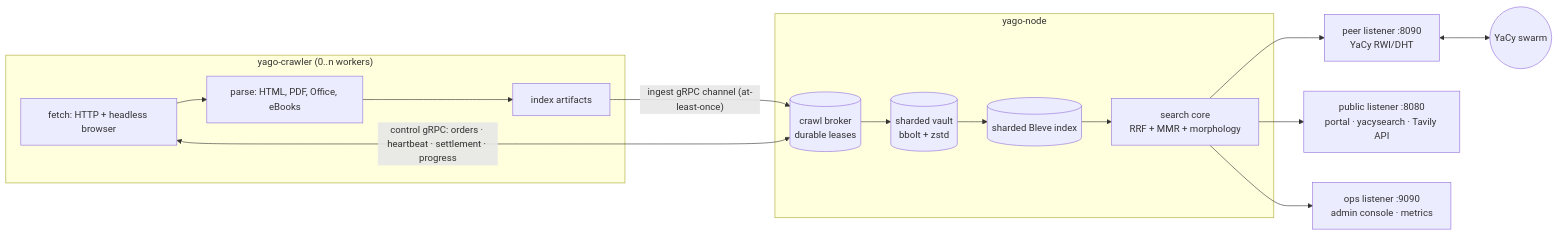
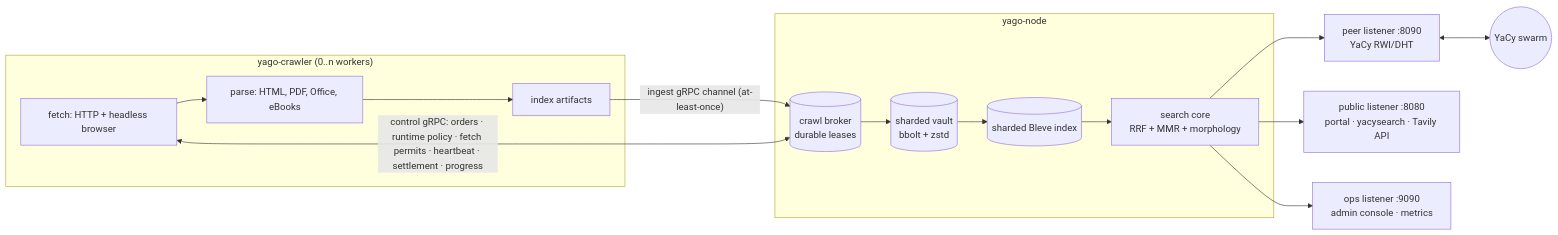
Before and after one commit to D4rk4/yago: the diagram in README.md, drawn with Mermaid. The commit also changed other lines of this file and 577 other files, not shown here.

````diff
--- a/README.md
+++ b/README.md
@@ -413,19 +481,19 @@
 ```mermaid
 flowchart LR
     subgraph crawler ["yago-crawler (0..n workers)"]
         F["fetch: HTTP + headless browser"] --> P["parse: HTML, PDF, Office, eBooks"]
         P --> I["index artifacts"]
     end
     subgraph node ["yago-node"]
         B[("crawl broker<br/>durable leases")]
         V[("sharded vault<br/>bbolt + zstd")]
         X[("sharded Bleve index")]
         S["search core<br/>RRF + MMR + morphology"]
     end
     I -- "ingest gRPC channel (at-least-once)" --> B --> V --> X --> S
-    B <-->|control gRPC: orders · heartbeat · settlement · progress| F
+    B <-->|control gRPC: orders · runtime policy · fetch permits · heartbeat · settlement · progress| F
     S --> PEER["peer listener :8090<br/>YaCy RWI/DHT"]
     S --> PUB["public listener :8080<br/>portal · yacysearch · Tavily API"]
     S --> OPS["ops listener :9090<br/>admin console · metrics"]
     PEER <--> SWARM(("YaCy swarm"))
 ```
````
